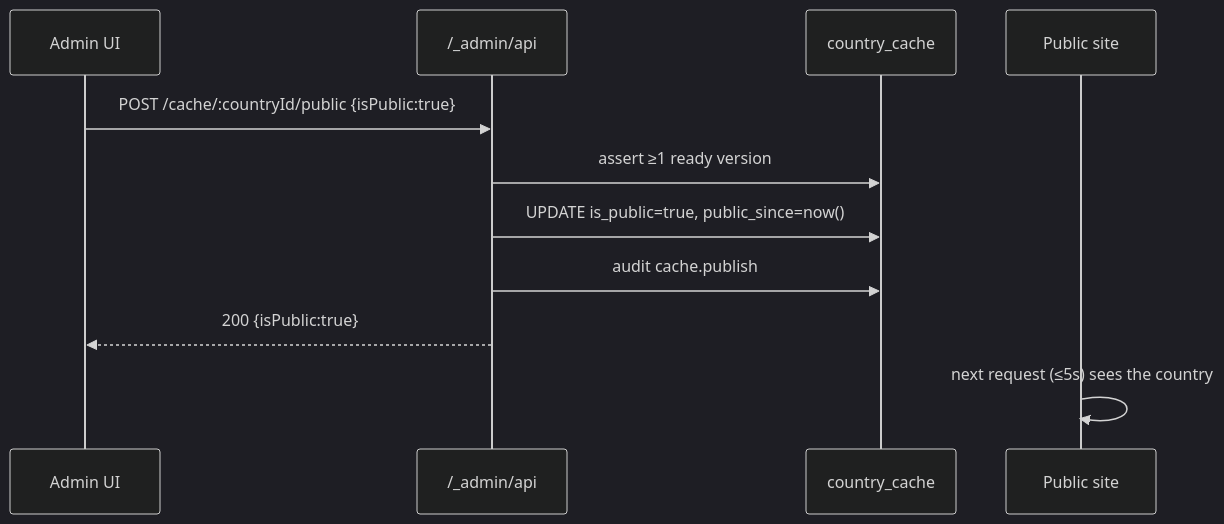
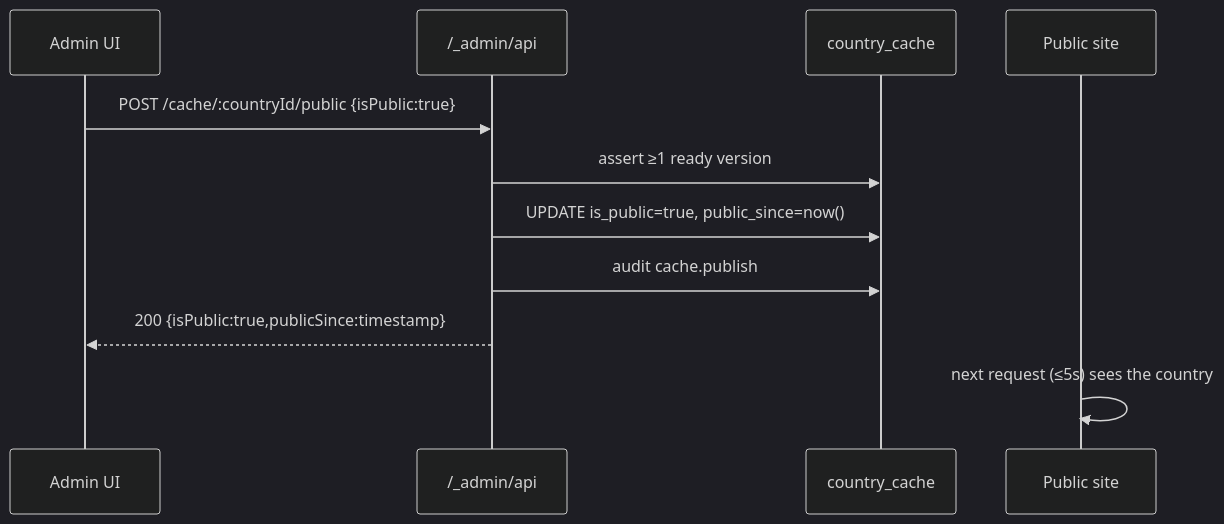
The seventh of 12 diagrams in docs/05-flows.md (komeilm76/mapirror), drawn with Mermaid (dark theme) before and after one commit. The commit also changed other lines of this file and 1 other file, not shown here.

Commit message:
docs(api): align publication flow with response contract

````diff
--- a/docs/05-flows.md
+++ b/docs/05-flows.md
@@ -330,13 +330,13 @@
 ```mermaid
 sequenceDiagram
   participant A as Admin UI
   participant API as /_admin/api
   participant DB as country_cache
   participant P as Public site
   A->>API: POST /cache/:countryId/public {isPublic:true}
   API->>DB: assert ≥1 ready version
   API->>DB: UPDATE is_public=true, public_since=now()
   API->>DB: audit cache.publish
-  API-->>A: 200 {isPublic:true}
+  API-->>A: 200 {isPublic:true,publicSince:timestamp}
   P->>P: next request (≤5s) sees the country
 ```
````
